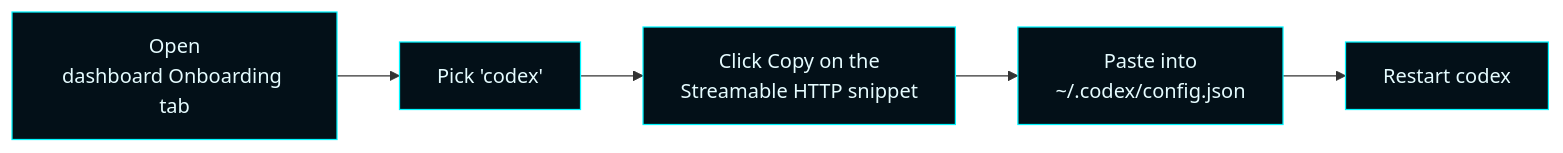
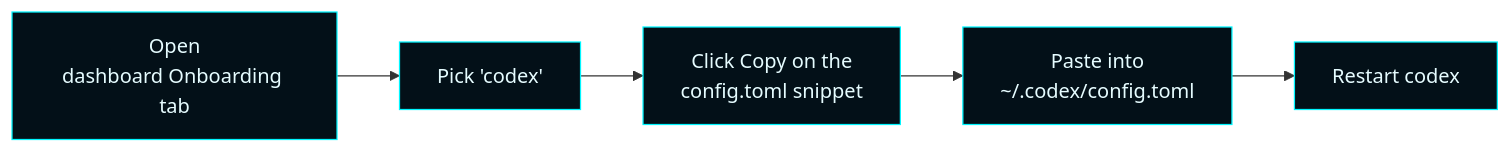
Before and after one commit to flynn33/Master-Control-Orchestration-Server: the third of 4 diagrams in docs/wiki/Onboarding.md, drawn with Mermaid. The commit also changed other lines of this file and 31 other files, not shown here.

````diff
--- a/docs/wiki/Onboarding.md
+++ b/docs/wiki/Onboarding.md
@@ -253,9 +272,9 @@
 ```mermaid
 flowchart LR
     classDef step fill:#031018,stroke:#00F6FF,color:#E6FCFF;
 
     A[Open<br/>dashboard Onboarding tab]:::step --> B[Pick 'codex']:::step
-    B --> C[Click Copy on the<br/>Streamable HTTP snippet]:::step
-    C --> D[Paste into<br/>~/.codex/config.json]:::step
+    B --> C[Click Copy on the<br/>config.toml snippet]:::step
+    C --> D[Paste into<br/>~/.codex/config.toml]:::step
     D --> E[Restart codex]:::step
 ```
````
